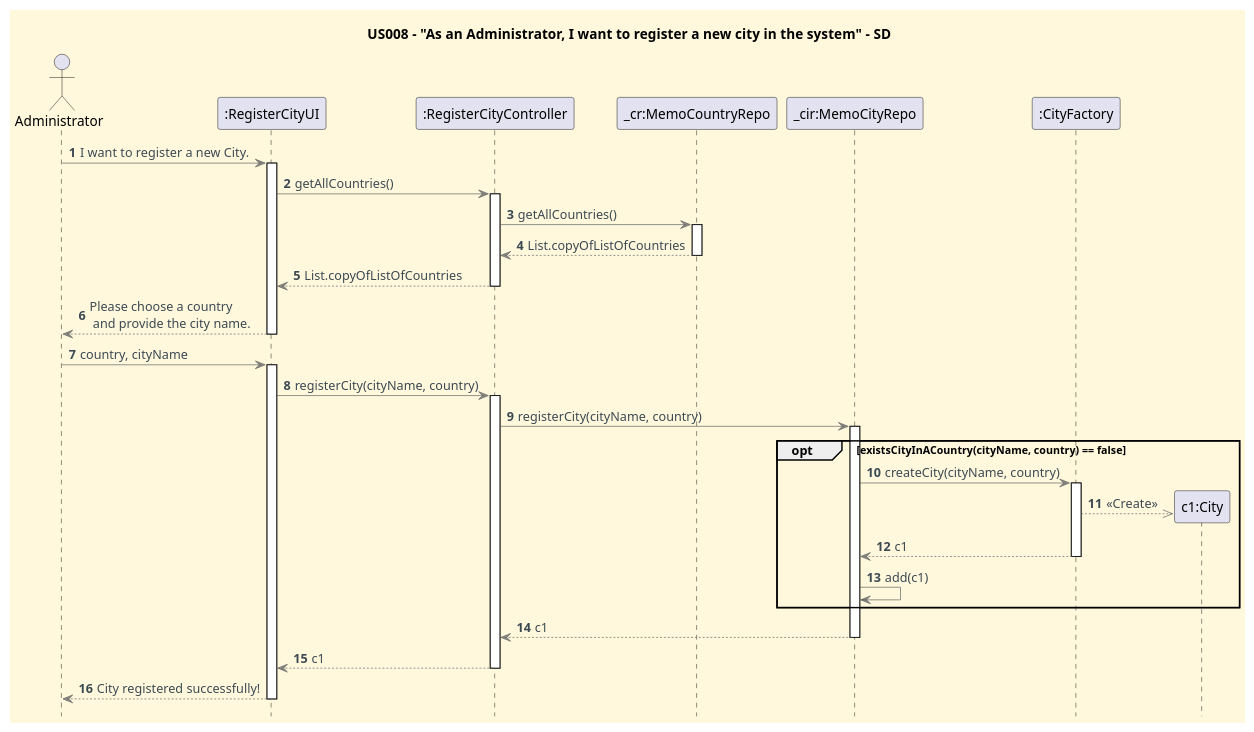
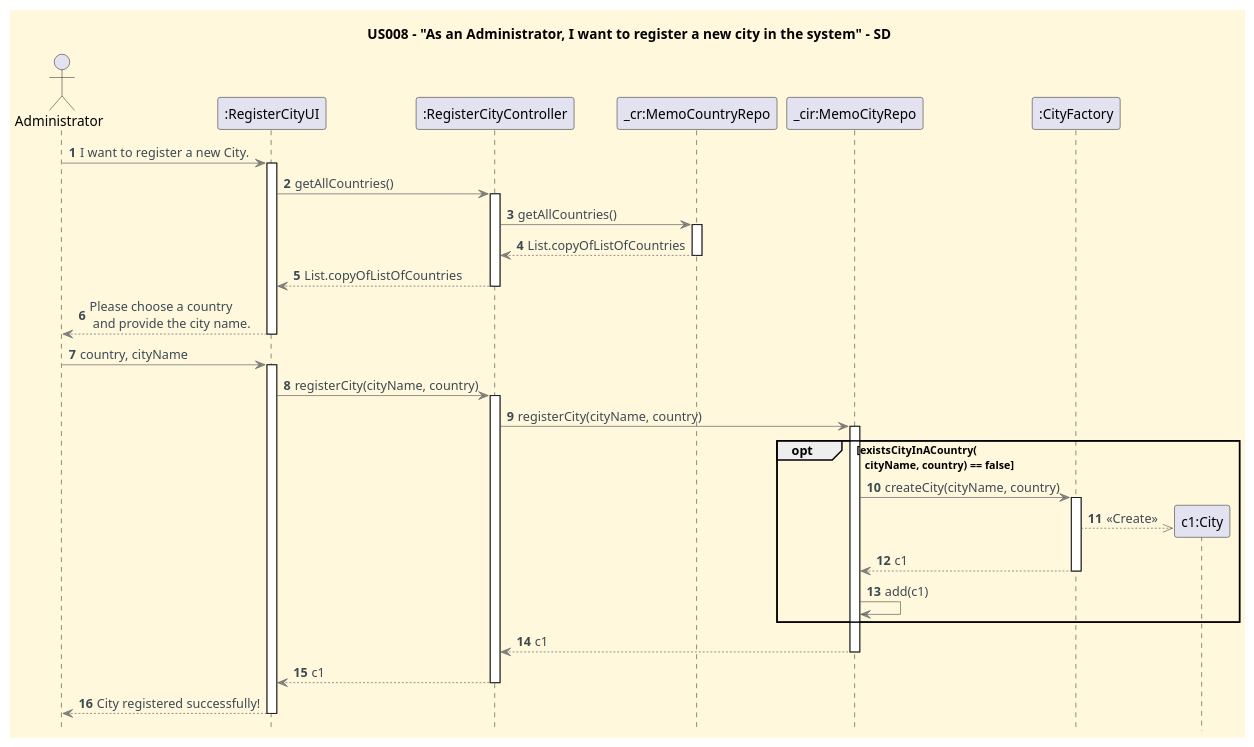
Before and after one commit to CarolinaLeite-collab/JavaMarketplacePlatform: the diagram in docs/userStories/US008/US008_register_a_city_SD.puml, drawn with PlantUML. The commit also changed 1 other file, not shown here.

Commit message:
fix: corrected minor typos in SD and CD diagrams for US008 - refs #373

```diff
--- a/docs/userStories/US008/US008_register_a_city_SD.puml
+++ b/docs/userStories/US008/US008_register_a_city_SD.puml
@@ -1,69 +1,69 @@
 @startuml
 title US008 - "As an Administrator, I want to register a new city in the system" - SD
 
 '==== basic style ====
 skinparam monochrome false
 skinparam defaultFontName Futura
 skinparam objectFontSize 20
 skinparam backgroundColor CornSilk
 skinparam objectBackgroundColor WhiteSmoke
 skinparam noteBackgroundColor #FFFFE0
 skinparam ArrowFontColor #3B4953
 skinparam ArrowColor #57595BAA
 
 autonumber
 autoactivate off
 hidefootbox
 
 ' ==== Actor and participants ====
 actor Administrator as Admin
 participant ":RegisterCityUI" as UI
 participant ":RegisterCityController" as CTL
 participant "_cr:MemoCountryRepo" as CouR
 participant "_cir:MemoCityRepo" as CityR
 participant ":CityFactory" as FCT
 
 '==== UI interaction ====
 Admin -> UI: I want to register a new City.
 activate UI
 
 UI -> CTL: getAllCountries()
 activate CTL
 CTL -> CouR: getAllCountries()
 activate CouR
 CTL <-- CouR: List.copyOfListOfCountries
 deactivate CouR
 UI <-- CTL: List.copyOfListOfCountries
 deactivate CTL
 
 UI --> Admin: Please choose a country \n and provide the city name.
 deactivate UI
 
 Admin -> UI: country, cityName
 activate UI
 
 UI -> CTL: registerCity(cityName, country)
 activate CTL
 
 CTL -> CityR: registerCity(cityName, country)
         activate CityR
 
-    opt existsCityInACountry(cityName, country) == false
+    opt existsCityInACountry(\n   cityName, country) == false
 
         CityR -> FCT: createCity(cityName, country)
         activate FCT
         create "c1:City" as instance
         FCT -->> instance: <<Create>>
         FCT --> CityR: c1
         deactivate FCT
         CityR -> CityR: add(c1)
     end
 
     CityR --> CTL: c1
     deactivate CityR
 
 CTL --> UI: c1
 deactivate CTL
 UI --> Admin: City registered successfully!
 deactivate UI
 @enduml
```
